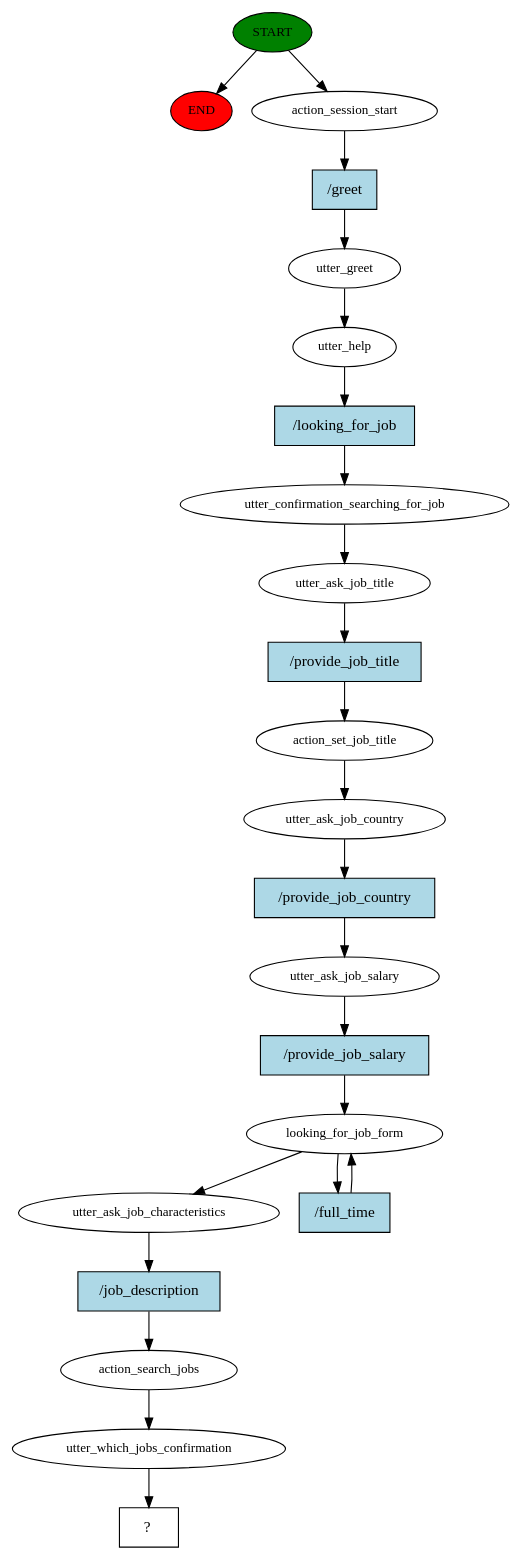
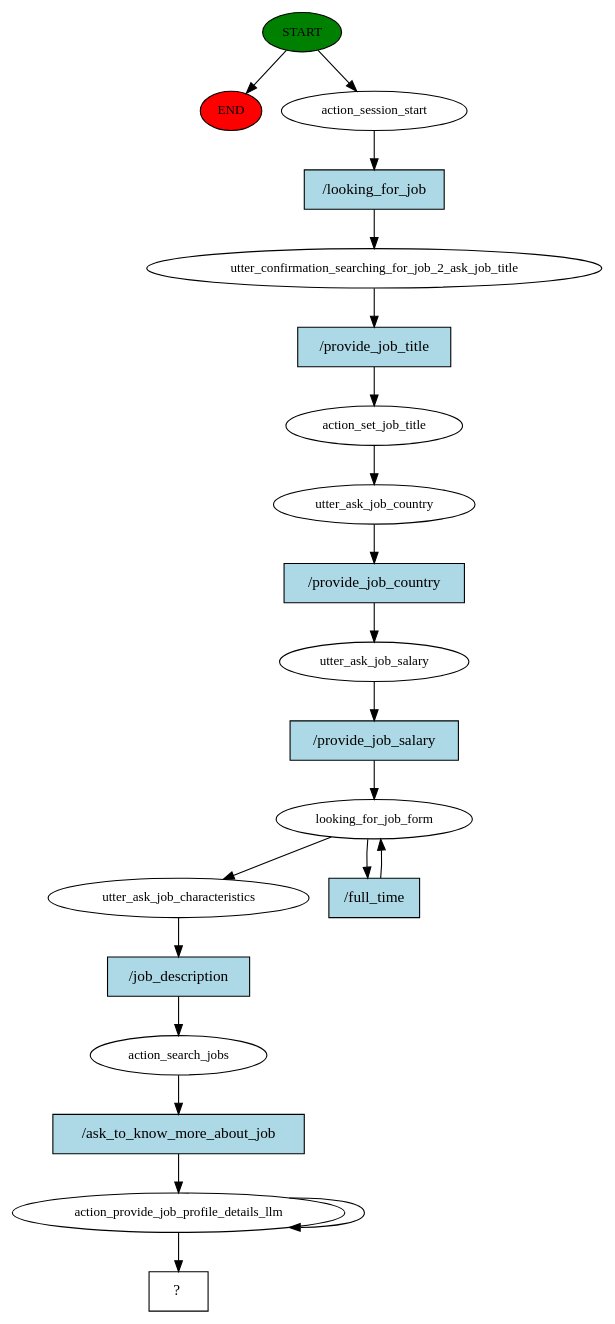
Before and after one commit to r1cc4r2o/Jobify: the diagram in src/story_graph.dot, drawn with Graphviz. The commit also changed 19 other files, not shown here.

```diff
--- a/src/story_graph.dot
+++ b/src/story_graph.dot
@@ -1,46 +1,41 @@
 digraph  {
 0 [class="start active", fillcolor=green, fontsize=12, label=START, style=filled];
 "-1" [class=end, fillcolor=red, fontsize=12, label=END, style=filled];
 1 [class=active, fontsize=12, label=action_session_start];
-2 [class=active, fontsize=12, label=utter_greet];
-3 [class=active, fontsize=12, label=utter_help];
-4 [class=active, fontsize=12, label=utter_confirmation_searching_for_job];
-5 [class=active, fontsize=12, label=utter_ask_job_title];
-6 [class=active, fontsize=12, label=action_set_job_title];
-7 [class=active, fontsize=12, label=utter_ask_job_country];
-8 [class=active, fontsize=12, label=utter_ask_job_salary];
-9 [class=active, fontsize=12, label=looking_for_job_form];
-11 [class=active, fontsize=12, label=utter_ask_job_characteristics];
-12 [class=active, fontsize=12, label=action_search_jobs];
-13 [class=active, fontsize=12, label=utter_which_jobs_confirmation];
-14 [class="intent dashed active", label="  ?  ", shape=rect];
-15 [class="intent active", fillcolor=lightblue, label="/greet", shape=rect, style=filled];
-16 [class="intent active", fillcolor=lightblue, label="/looking_for_job", shape=rect, style=filled];
-17 [class="intent active", fillcolor=lightblue, label="/provide_job_title", shape=rect, style=filled];
-18 [class="intent active", fillcolor=lightblue, label="/provide_job_country", shape=rect, style=filled];
-19 [class="intent active", fillcolor=lightblue, label="/provide_job_salary", shape=rect, style=filled];
-20 [class="intent active", fillcolor=lightblue, label="/full_time", shape=rect, style=filled];
-21 [class="intent active", fillcolor=lightblue, label="/job_description", shape=rect, style=filled];
+2 [class=active, fontsize=12, label=utter_confirmation_searching_for_job_2_ask_job_title];
+3 [class=active, fontsize=12, label=action_set_job_title];
+4 [class=active, fontsize=12, label=utter_ask_job_country];
+5 [class=active, fontsize=12, label=utter_ask_job_salary];
+6 [class=active, fontsize=12, label=looking_for_job_form];
+8 [class=active, fontsize=12, label=utter_ask_job_characteristics];
+9 [class=active, fontsize=12, label=action_search_jobs];
+10 [class=active, fontsize=12, label=action_provide_job_profile_details_llm];
+13 [class="intent dashed active", label="  ?  ", shape=rect];
+14 [class="intent active", fillcolor=lightblue, label="/looking_for_job", shape=rect, style=filled];
+15 [class="intent active", fillcolor=lightblue, label="/provide_job_title", shape=rect, style=filled];
+16 [class="intent active", fillcolor=lightblue, label="/provide_job_country", shape=rect, style=filled];
+17 [class="intent active", fillcolor=lightblue, label="/provide_job_salary", shape=rect, style=filled];
+18 [class="intent active", fillcolor=lightblue, label="/full_time", shape=rect, style=filled];
+19 [class="intent active", fillcolor=lightblue, label="/job_description", shape=rect, style=filled];
+20 [class="intent active", fillcolor=lightblue, label="/ask_to_know_more_about_job", shape=rect, style=filled];
 0 -> "-1"  [class="", key=NONE, label=""];
 0 -> 1  [class=active, key=NONE, label=""];
-1 -> 15  [class=active, key=0];
-2 -> 3  [class=active, key=NONE, label=""];
-3 -> 16  [class=active, key=0];
-4 -> 5  [class=active, key=NONE, label=""];
+1 -> 14  [class=active, key=0];
+2 -> 15  [class=active, key=0];
+3 -> 4  [class=active, key=NONE, label=""];
+4 -> 16  [class=active, key=0];
 5 -> 17  [class=active, key=0];
-6 -> 7  [class=active, key=NONE, label=""];
-7 -> 18  [class=active, key=0];
+6 -> 8  [class=active, key=NONE, label=""];
+6 -> 18  [class=active, key=0];
 8 -> 19  [class=active, key=0];
-9 -> 11  [class=active, key=NONE, label=""];
 9 -> 20  [class=active, key=0];
-11 -> 21  [class=active, key=0];
-12 -> 13  [class=active, key=NONE, label=""];
-13 -> 14  [class=active, key=NONE, label=""];
-15 -> 2  [class=active, key=0];
-16 -> 4  [class=active, key=0];
+10 -> 10  [class=active, key=NONE, label=""];
+10 -> 13  [class=active, key=NONE, label=""];
+14 -> 2  [class=active, key=0];
+15 -> 3  [class=active, key=0];
+16 -> 5  [class=active, key=0];
 17 -> 6  [class=active, key=0];
-18 -> 8  [class=active, key=0];
+18 -> 6  [class=active, key=0];
 19 -> 9  [class=active, key=0];
-20 -> 9  [class=active, key=0];
-21 -> 12  [class=active, key=0];
+20 -> 10  [class=active, key=0];
 }
```
